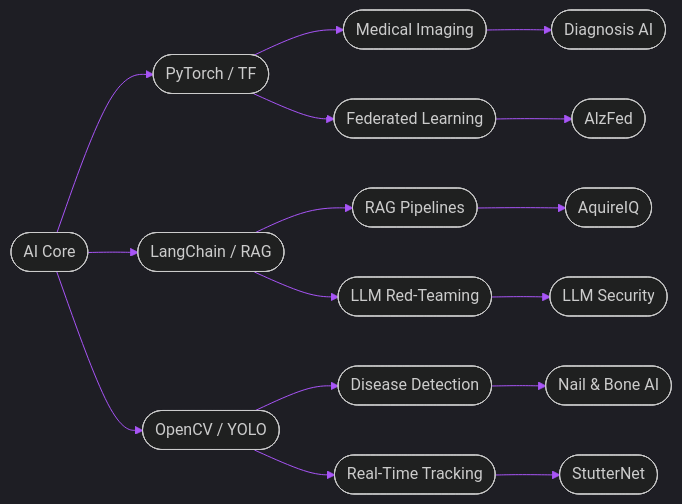
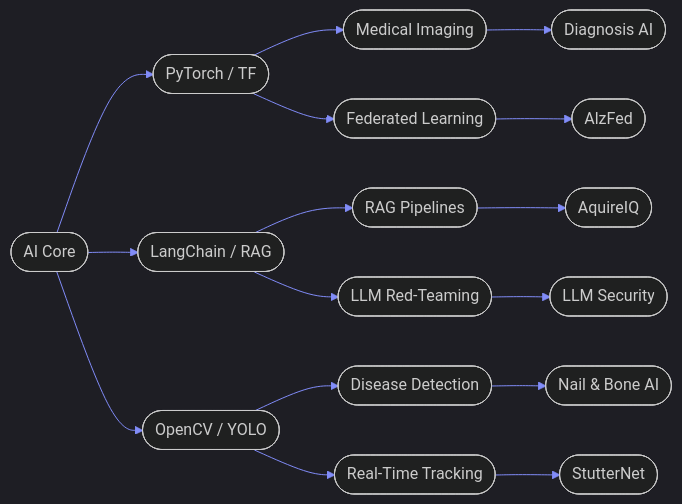
The second of 2 diagrams in README.md (abd84/abd84), drawn with Mermaid before and after one commit. The commit also changed other lines of this file, not shown here.

First line of the commit message:
fix: elegant dark-indigo hero, drop neon green, fix all stats URLs

````diff
--- a/README.md
+++ b/README.md
@@ -136,23 +117,20 @@
 ```mermaid
-%%{init: {'theme': 'dark', 'themeVariables': {'darkMode': true, 'background': '#0D1117', 'primaryColor': '#00FFA3', 'primaryTextColor': '#0D1117', 'primaryBorderColor': '#00FFA3', 'lineColor': '#A855F7', 'secondaryColor': '#1a1a2e', 'tertiaryColor': '#0f1f38', 'edgeLabelBackground': '#0D1117', 'nodeTextColor': '#C9D1D9'}}}%%
+%%{init: {'theme': 'dark', 'themeVariables': {'darkMode': true, 'background': '#0D1117', 'primaryColor': '#6366F1', 'primaryTextColor': '#ffffff', 'primaryBorderColor': '#6366F1', 'lineColor': '#818CF8', 'secondaryColor': '#1e1b4b', 'tertiaryColor': '#0f172a', 'edgeLabelBackground': '#0D1117', 'nodeTextColor': '#C9D1D9'}}}%%
 graph LR
     CORE([AI Core])
-
     CORE --> ML([PyTorch / TF])
     CORE --> LLM([LangChain / RAG])
     CORE --> CV([OpenCV / YOLO])
-
     ML --> H1([Medical Imaging])
     ML --> H2([Federated Learning])
     LLM --> H3([RAG Pipelines])
     LLM --> H4([LLM Red-Teaming])
     CV --> H5([Disease Detection])
     CV --> H6([Real-Time Tracking])
-
     H1 --> OUT1([Diagnosis AI])
     H2 --> OUT2([AlzFed])
     H3 --> OUT3([AquireIQ])
     H4 --> OUT4([LLM Security])
     H5 --> OUT5([Nail & Bone AI])
     H6 --> OUT6([StutterNet])
 ```
````
